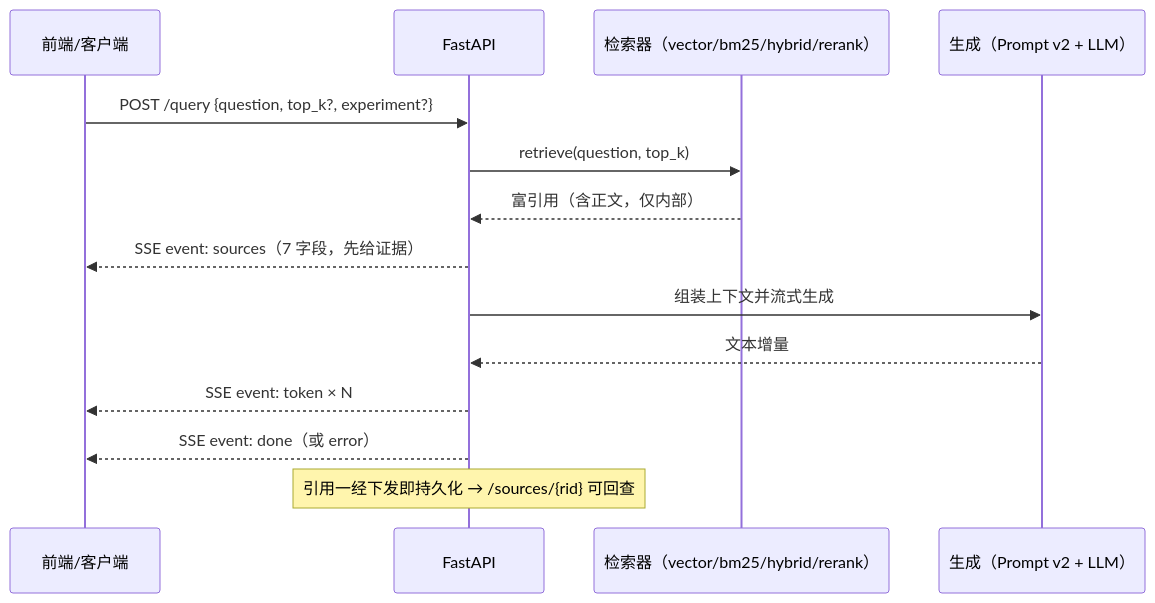
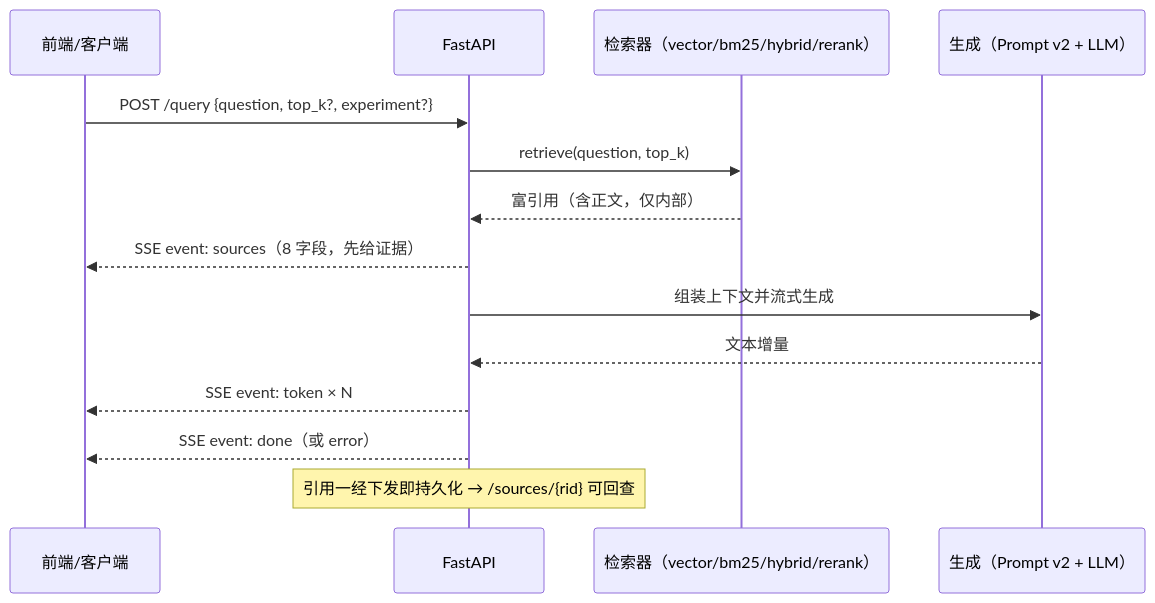
Before and after one commit to ly-0110/RAG4ZRDDS: the third of 3 diagrams in docs/architecture.md, drawn with Mermaid. The commit also changed other lines of this file and 122 other files, not shown here.

````diff
--- a/docs/architecture.md
+++ b/docs/architecture.md
@@ -96,16 +95,16 @@
 ```mermaid
 sequenceDiagram
   participant U as 前端/客户端
   participant API as FastAPI
   participant R as 检索器（vector/bm25/hybrid/rerank）
   participant G as 生成（Prompt v2 + LLM）
   U->>API: POST /query {question, top_k?, experiment?}
   API->>R: retrieve(question, top_k)
   R-->>API: 富引用（含正文，仅内部）
-  API-->>U: SSE event: sources（7 字段，先给证据）
+  API-->>U: SSE event: sources（8 字段，先给证据）
   API->>G: 组装上下文并流式生成
   G-->>API: 文本增量
   API-->>U: SSE event: token × N
   API-->>U: SSE event: done（或 error）
   Note over API: 引用一经下发即持久化 → /sources/{rid} 可回查
 ```
````
